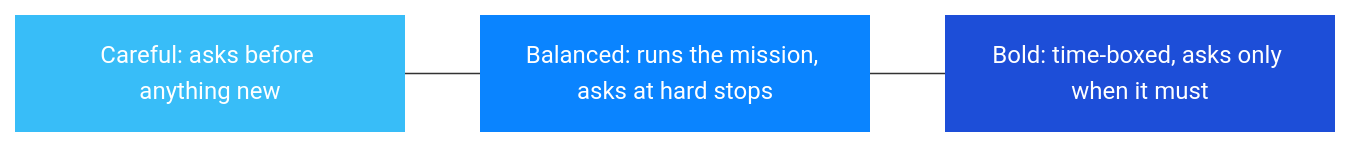
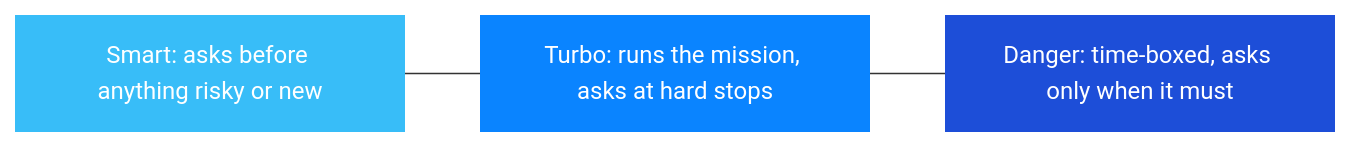
The third of 5 diagrams in README.md (Zenix-Developers/Ora-Showcase), drawn with Mermaid before and after one commit. The commit also changed other lines of this file and 1 other file, not shown here.

````diff
--- a/README.md
+++ b/README.md
@@ -83,7 +85,7 @@
 ```mermaid
 flowchart LR
-    S[Careful: asks before anything new] --- T[Balanced: runs the mission, asks at hard stops] --- U[Bold: time-boxed, asks only when it must]
+    S[Smart: asks before anything risky or new] --- T[Turbo: runs the mission, asks at hard stops] --- U[Danger: time-boxed, asks only when it must]
     style S fill:#38bdf8,color:#fff,stroke:none
     style T fill:#0a84ff,color:#fff,stroke:none
     style U fill:#1d4ed8,color:#fff,stroke:none
 ```
````
